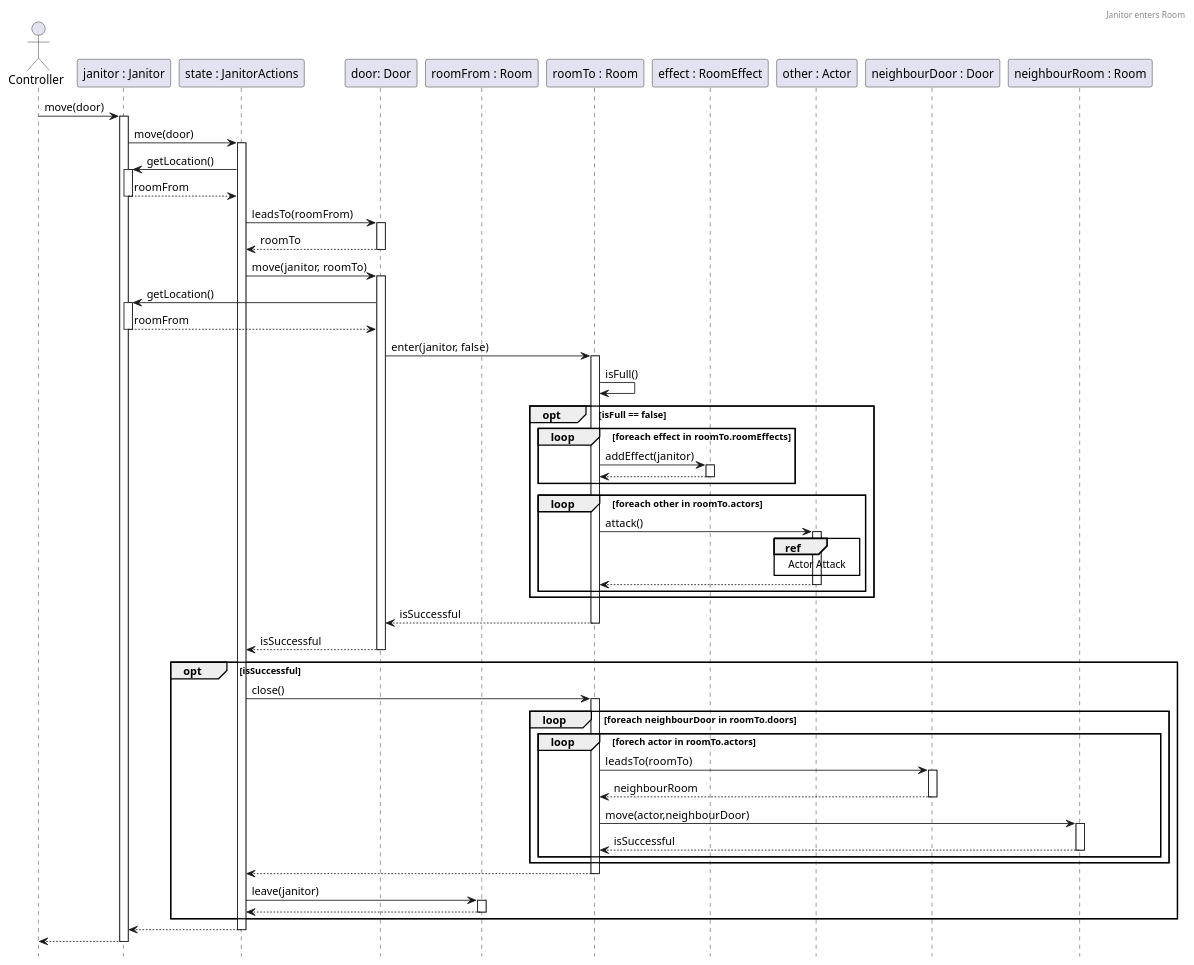
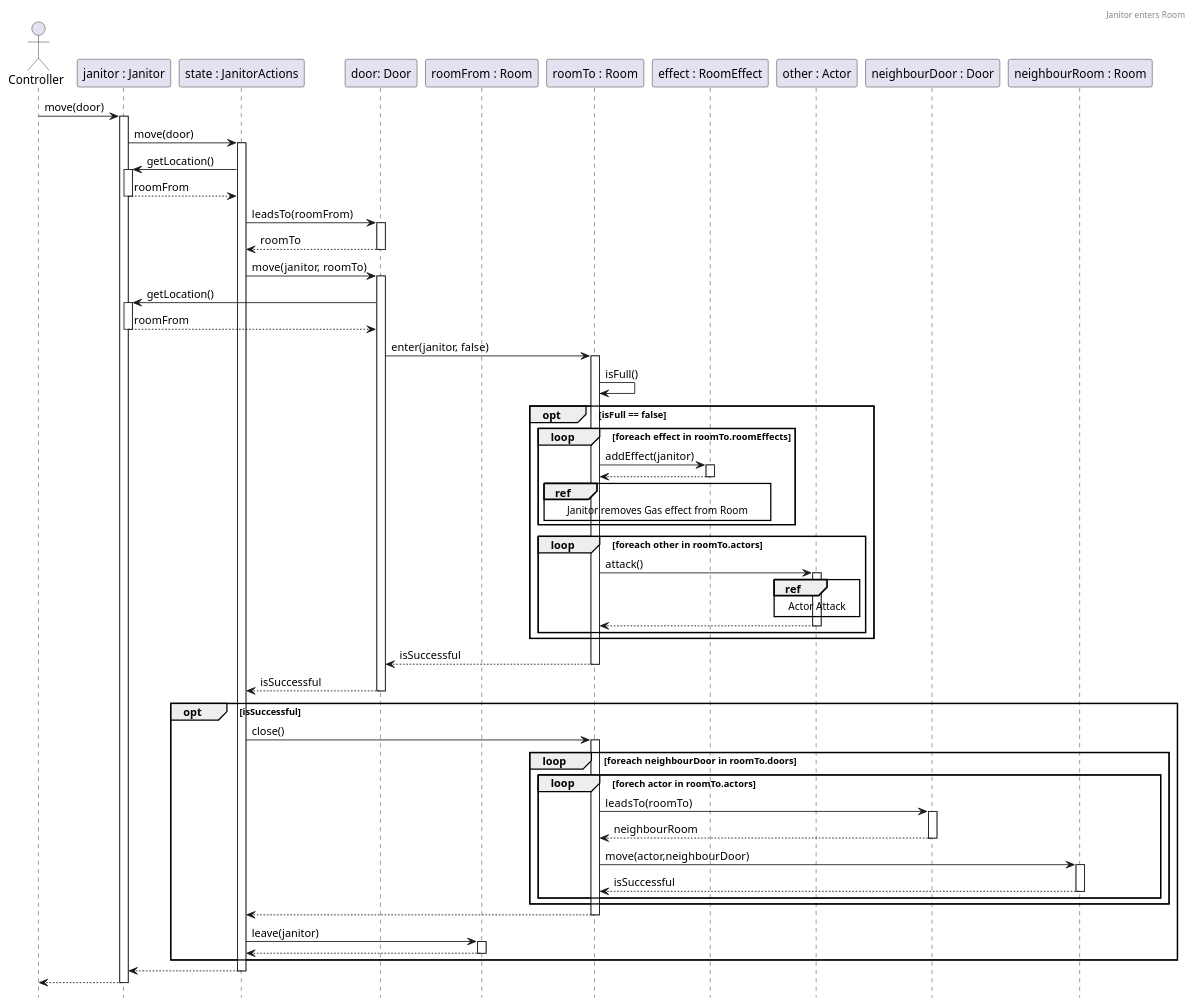
One commit to Kristof-me/Logarlec changed the diagram in docs/sequence/actor/JanitorMoves.puml. Above: the diagram before and after it, drawn with PlantUML. The commit also changed 1 other file, not shown here.

Commit message:
finish Janitor with Gas removal

```diff
--- a/docs/sequence/actor/JanitorMoves.puml
+++ b/docs/sequence/actor/JanitorMoves.puml
@@ -1,69 +1,73 @@
 @startuml JanitorEnters
 header Janitor enters Room
 
 hide footbox
 
 actor C as "Controller"
 participant J as "janitor : Janitor"
 participant S as "state : JanitorActions"
 participant D as "door: Door"
 participant R1 as "roomFrom : Room"
 participant R2 as "roomTo : Room"
 participant E as "effect : RoomEffect"
 participant O as "other : Actor"
 participant ND as "neighbourDoor : Door"
 participant NR as "neighbourRoom : Room"
 
 C -> J ++: move(door)
 J -> S ++: move(door)
 S -> J ++: getLocation()
 return roomFrom
 S -> D ++: leadsTo(roomFrom)
 return roomTo
 S -> D ++: move(janitor, roomTo)
 D -> J ++: getLocation()
 return roomFrom
 D -> R2 ++: enter(janitor, false)
 R2 -> R2 : isFull()
 
 opt isFull == false
     loop foreach effect in roomTo.roomEffects
         R2 -> E ++: addEffect(janitor)
         return
+
+        ref over R2,E
+            Janitor removes Gas effect from Room
+        end ref
     end
 
     loop foreach other in roomTo.actors
         R2 -> O ++ : attack()
 
         ref over O
             Actor Attack
         end ref
         return
     end
 end
 
 
 return isSuccessful
 return isSuccessful
 
 opt isSuccessful
     S -> R2 ++: close()
 
         loop foreach neighbourDoor in roomTo.doors
             loop forech actor in roomTo.actors
                 R2 -> ND ++: leadsTo(roomTo)
                 return neighbourRoom
                 R2 -> NR ++: move(actor,neighbourDoor)
                 return isSuccessful
             end
         end
     return
 
     S -> R1 ++: leave(janitor)
     return
 end
 
 return
 return
 
 @enduml
```
